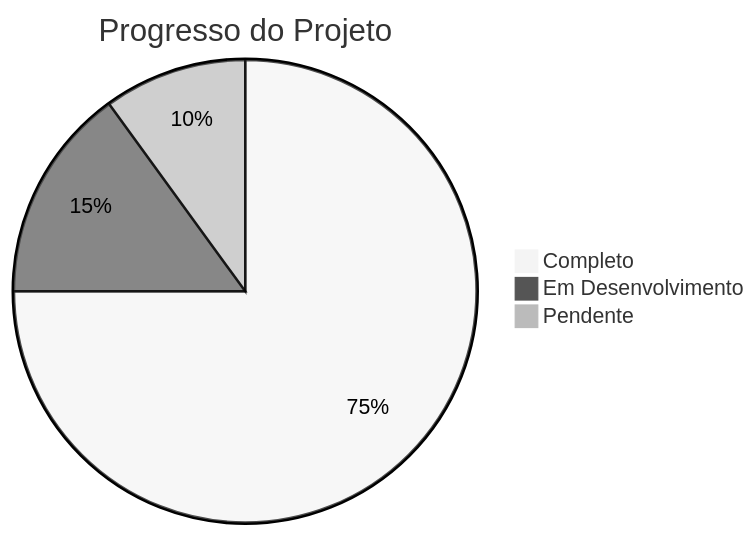
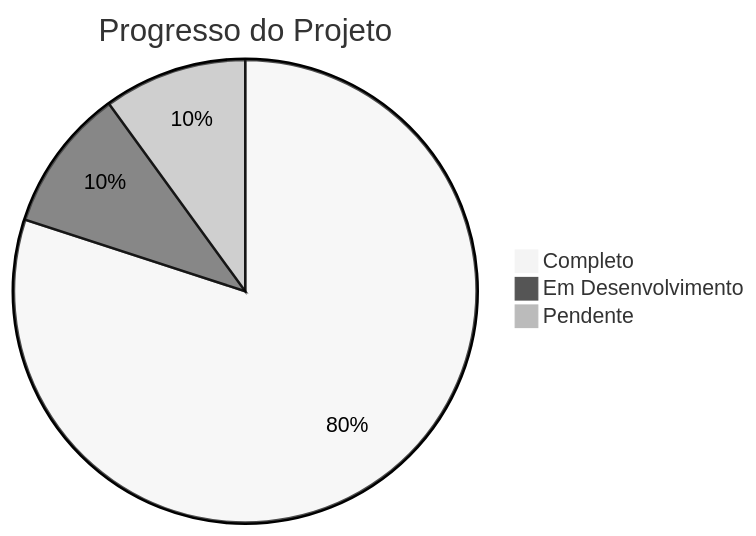
The second of 4 diagrams in docs/RELATORIO_ANALISE_TECNICA.md (douglas-dreer/league-of-legends), drawn with Mermaid (neutral theme) before and after one commit. The commit also changed other lines of this file and 3 other files, not shown here.

````diff
--- a/docs/RELATORIO_ANALISE_TECNICA.md
+++ b/docs/RELATORIO_ANALISE_TECNICA.md
@@ -184,6 +222,6 @@
 ```mermaid
 pie title Progresso do Projeto
-    "Completo" : 75
-    "Em Desenvolvimento" : 15
+    "Completo" : 80
+    "Em Desenvolvimento" : 10
     "Pendente" : 10
 ```
````
